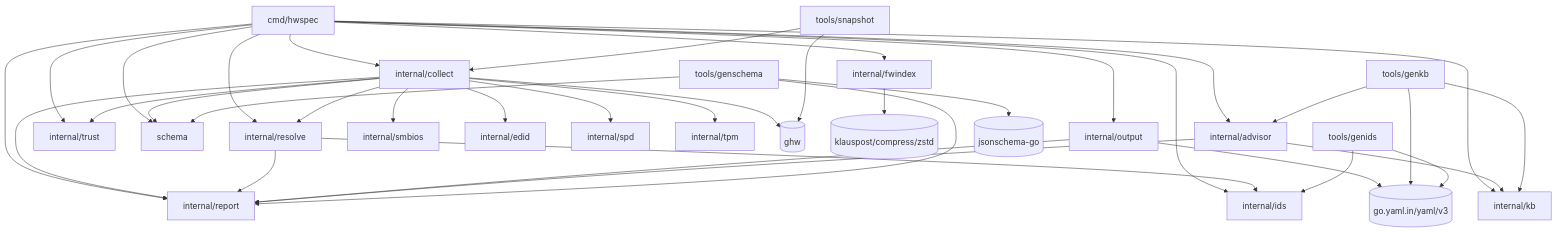
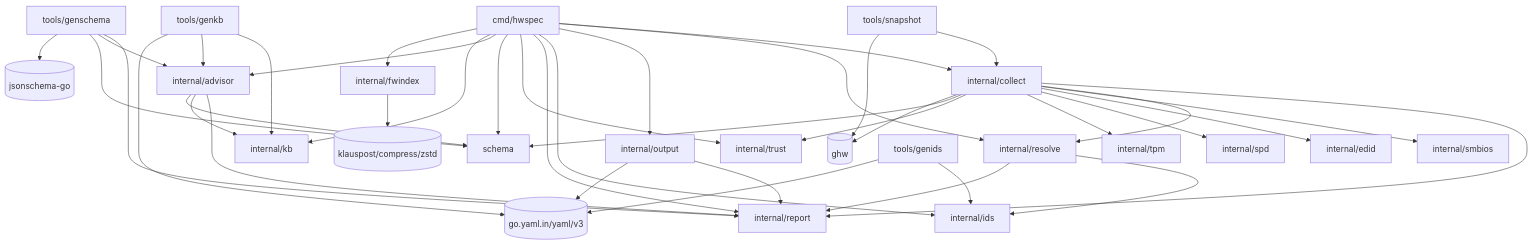
The second of 3 diagrams in ARCHITECTURE.md (jiegui2025/hwspec), drawn with Mermaid before and after one commit. The commit also changed other lines of this file and 1 other file, not shown here.

First line of the commit message:
ci(lint): depguard globs miss the files directly in advisor and smbios

````diff
--- a/ARCHITECTURE.md
+++ b/ARCHITECTURE.md
@@ -44,22 +44,22 @@
 ```mermaid
 flowchart TD
   cmd[cmd/hwspec] --> collect & resolve & output & ids & report & trust & schema & advisor & kb & fwindex
   collect[internal/collect] --> report & resolve & smbios & edid & spd & tpm & trust & schema & ghw[(ghw)]
   resolve[internal/resolve] --> ids & report
   output[internal/output] --> report & yaml[(go.yaml.in/yaml/v3)]
-  advisor[internal/advisor] --> report & kb
+  advisor[internal/advisor] --> report & kb & schema
   fwindex[internal/fwindex] --> zstd[(klauspost/compress/zstd)]
   genkb[tools/genkb] --> kb & advisor & yaml
   kb[internal/kb]
   genids[tools/genids] --> ids & yaml
   snapshot[tools/snapshot] --> collect & ghw
-  genschema[tools/genschema] --> report & schema & jsonschema[(jsonschema-go)]
+  genschema[tools/genschema] --> report & advisor & schema & jsonschema[(jsonschema-go)]
   schema[schema]
   ids[internal/ids]
   report[internal/report]
   smbios[internal/smbios]
   edid[internal/edid]
   spd[internal/spd]
   tpm[internal/tpm]
   trust[internal/trust]
 ```
````
